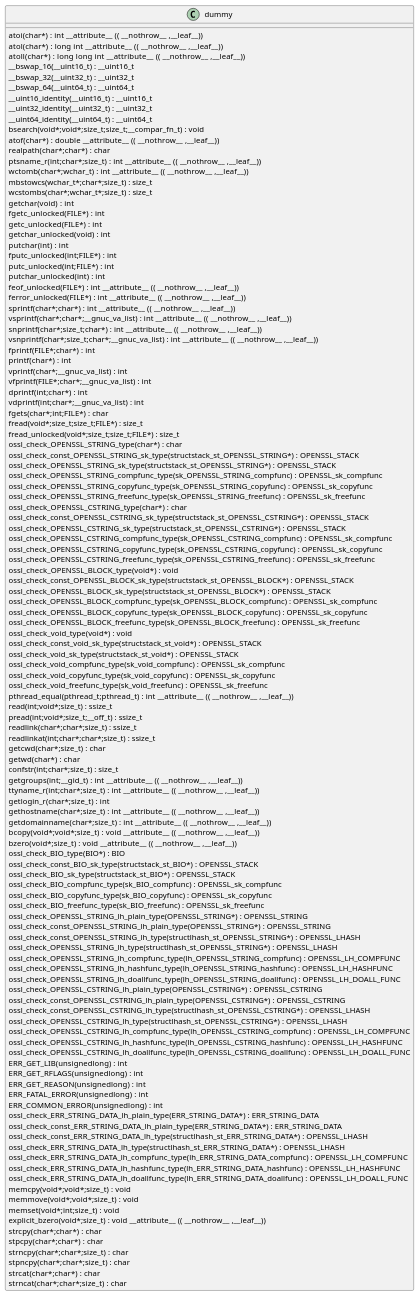
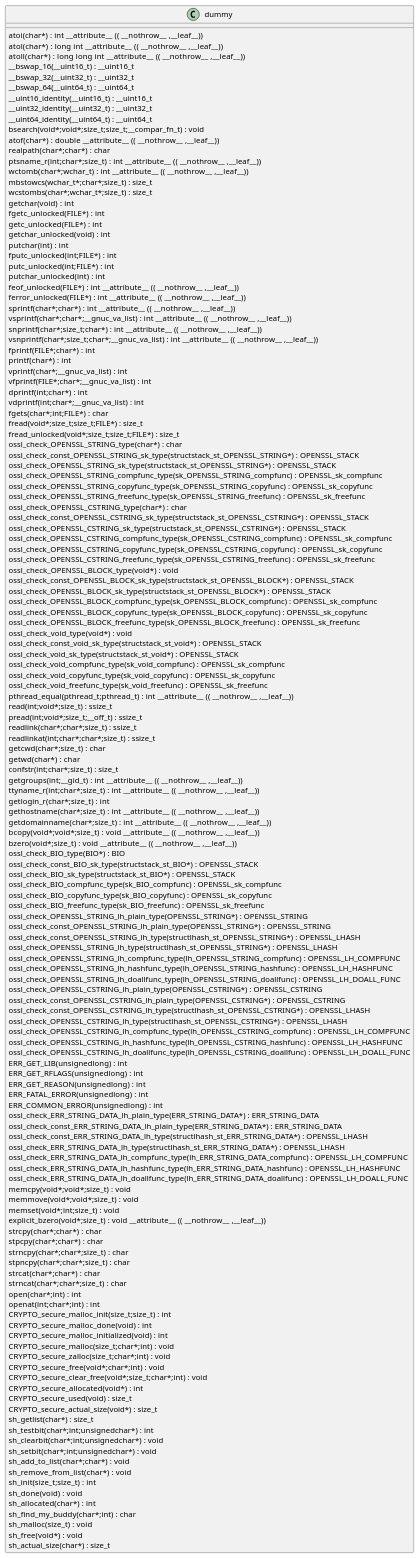
The diagram in docs/qc/crypto/mem_sec.c.puml (qualitesys/openssl), drawn with PlantUML before and after one commit. The commit also changed 512 other files, not shown here.

```diff
--- a/docs/qc/crypto/mem_sec.c.puml
+++ b/docs/qc/crypto/mem_sec.c.puml
@@ -121,5 +121,30 @@
 stpncpy(char*;char*;size_t) :  char  [[[./../.././qc/crypto/mem_sec.c.html#1]]]
 strcat(char*;char*) :  char  [[[./../.././qc/crypto/mem_sec.c.html#1]]]
 strncat(char*;char*;size_t) :  char  [[[./../.././qc/crypto/mem_sec.c.html#1]]]
+open(char*;int) :  int  [[[./../.././qc/crypto/mem_sec.c.html#1]]]
+openat(int;char*;int) :  int  [[[./../.././qc/crypto/mem_sec.c.html#1]]]
+CRYPTO_secure_malloc_init(size_t;size_t) :  int  [[[./../.././qc/crypto/mem_sec.c.html#1]]]
+CRYPTO_secure_malloc_done(void) :  int  [[[./../.././qc/crypto/mem_sec.c.html#1]]]
+CRYPTO_secure_malloc_initialized(void) :  int  [[[./../.././qc/crypto/mem_sec.c.html#1]]]
+CRYPTO_secure_malloc(size_t;char*;int) :  void  [[[./../.././qc/crypto/mem_sec.c.html#1]]]
+CRYPTO_secure_zalloc(size_t;char*;int) :  void  [[[./../.././qc/crypto/mem_sec.c.html#1]]]
+CRYPTO_secure_free(void*;char*;int) :  void  [[[./../.././qc/crypto/mem_sec.c.html#1]]]
+CRYPTO_secure_clear_free(void*;size_t;char*;int) :  void  [[[./../.././qc/crypto/mem_sec.c.html#1]]]
+CRYPTO_secure_allocated(void*) :  int  [[[./../.././qc/crypto/mem_sec.c.html#1]]]
+CRYPTO_secure_used(void) : size_t [[[./../.././qc/crypto/mem_sec.c.html#1]]]
+CRYPTO_secure_actual_size(void*) : size_t [[[./../.././qc/crypto/mem_sec.c.html#1]]]
+sh_getlist(char*) : size_t [[[./../.././qc/crypto/mem_sec.c.html#1]]]
+sh_testbit(char*;int;unsignedchar*) :  int  [[[./../.././qc/crypto/mem_sec.c.html#1]]]
+sh_clearbit(char*;int;unsignedchar*) :  void  [[[./../.././qc/crypto/mem_sec.c.html#1]]]
+sh_setbit(char*;int;unsignedchar*) :  void  [[[./../.././qc/crypto/mem_sec.c.html#1]]]
+sh_add_to_list(char*;char*) :  void  [[[./../.././qc/crypto/mem_sec.c.html#1]]]
+sh_remove_from_list(char*) :  void  [[[./../.././qc/crypto/mem_sec.c.html#1]]]
+sh_init(size_t;size_t) :  int  [[[./../.././qc/crypto/mem_sec.c.html#1]]]
+sh_done(void) :  void  [[[./../.././qc/crypto/mem_sec.c.html#1]]]
+sh_allocated(char*) :  int  [[[./../.././qc/crypto/mem_sec.c.html#1]]]
+sh_find_my_buddy(char*;int) :  char  [[[./../.././qc/crypto/mem_sec.c.html#1]]]
+sh_malloc(size_t) :  void  [[[./../.././qc/crypto/mem_sec.c.html#1]]]
+sh_free(void*) :  void  [[[./../.././qc/crypto/mem_sec.c.html#1]]]
+sh_actual_size(char*) : size_t [[[./../.././qc/crypto/mem_sec.c.html#1]]]
 } 
 @enduml
```
